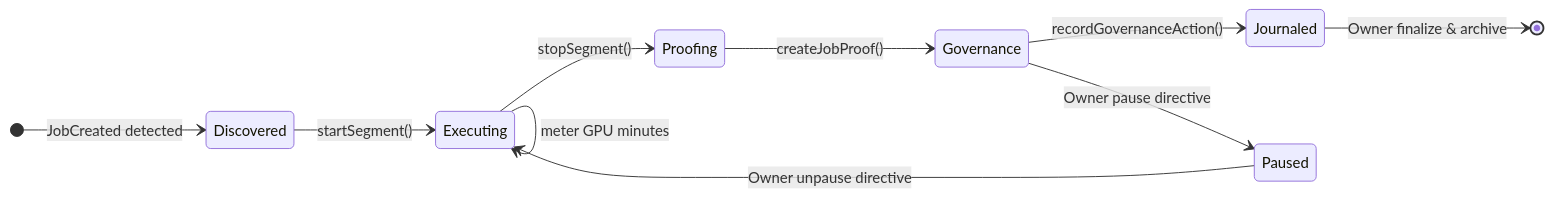
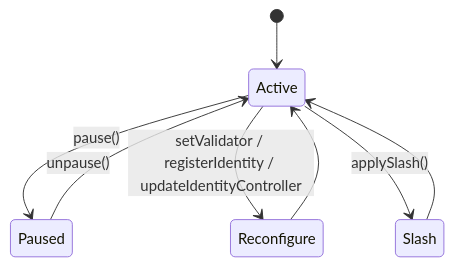
The fourth of 4 diagrams in README.md (MontrealAI/AGI-Alpha-Node-v0), drawn with Mermaid before and after one commit. The commit also changed other lines of this file and 1 other file, not shown here.

````diff
--- a/README.md
+++ b/README.md
@@ -175,13 +199,10 @@
 ```mermaid
 stateDiagram-v2
-  direction LR
-  [*] --> Discovered: JobCreated detected
-  Discovered --> Executing: startSegment()
-  Executing --> Executing: meter GPU minutes
-  Executing --> Proofing: stopSegment()
-  Proofing --> Governance: createJobProof()
-  Governance --> Journaled: recordGovernanceAction()
-  Journaled --> [*]: Owner finalize & archive
-  Governance --> Paused: Owner pause directive
-  Paused --> Executing: Owner unpause directive
+    [*] --> Active
+    Active --> Paused: pause()
+    Paused --> Active: unpause()
+    Active --> Reconfigure: setValidator / registerIdentity / updateIdentityController
+    Reconfigure --> Active
+    Active --> Slash: applySlash()
+    Slash --> Active
 ```
````
